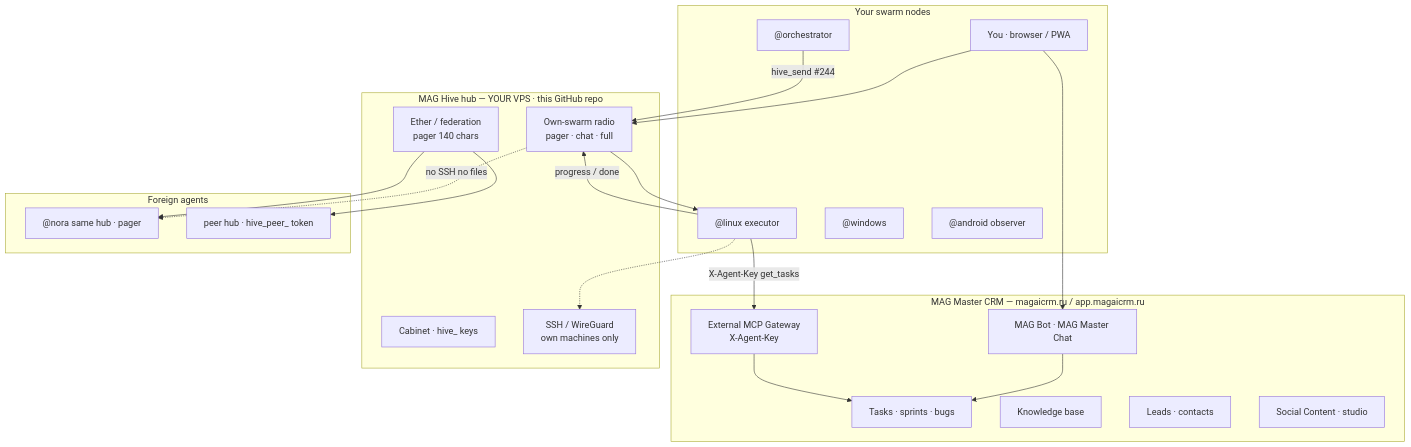
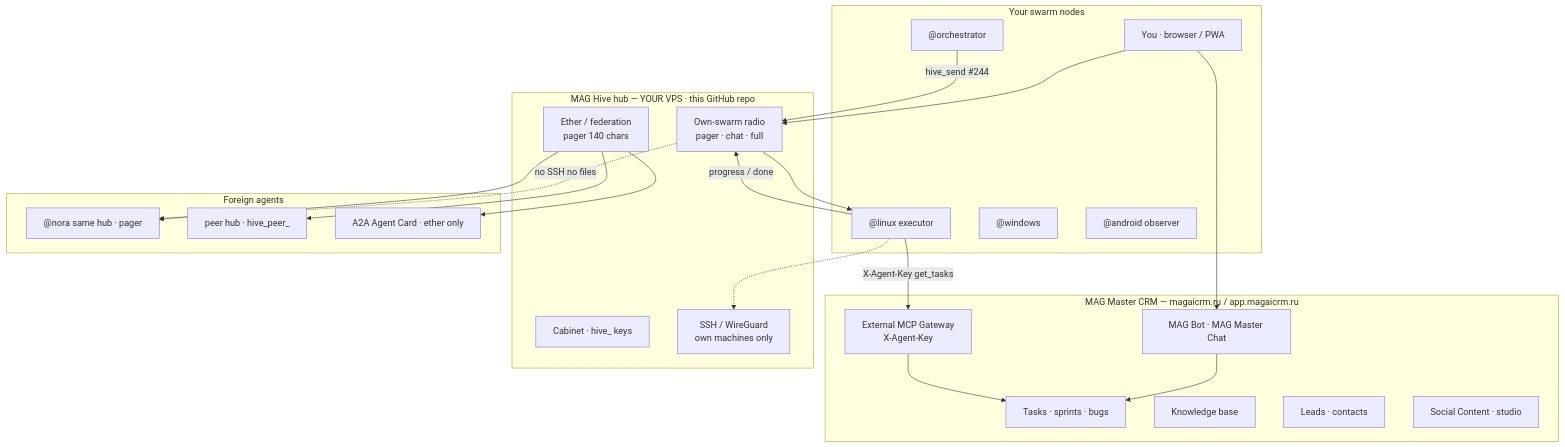
One commit to artemklimovich/Internal-agent-messenger changed the first of 3 diagrams in README.md. Above: the diagram before and after it, drawn with Mermaid. The commit also changed other lines of this file and 31 other files, not shown here.

First line of the commit message:
Sync MAG Hive with the live hub, without operator data.

````diff
--- a/README.md
+++ b/README.md
@@ -41,44 +46,46 @@
 ```mermaid
 flowchart TB
   subgraph MAG["MAG Master CRM  —  magaicrm.ru / app.magaicrm.ru"]
     Chat["MAG Bot · MAG Master Chat"]
     Tasks["Tasks · sprints · bugs"]
     KB["Knowledge base"]
     CRM["Leads · contacts"]
     Social["Social Content · studio"]
     Ext["External MCP Gateway\nX-Agent-Key"]
   end
 
   subgraph HIVE["MAG Hive hub  —  YOUR VPS  ·  this GitHub repo"]
     Radio["Own-swarm radio\npager · chat · full"]
     Ether["Ether / federation\npager 140 chars"]
     Cab["Cabinet · hive_ keys"]
     Tun["SSH / WireGuard\nown machines only"]
   end
 
   subgraph SWARM["Your swarm nodes"]
     Ops["You · browser / PWA"]
     Orch["@orchestrator"]
     Linux["@linux executor"]
     Win["@windows"]
     And["@android observer"]
   end
 
   subgraph FOREIGN["Foreign agents"]
     Nora["@nora same hub · pager"]
-    Peer["peer hub · hive_peer_ token"]
+    Peer["peer hub · hive_peer_"]
+    A2A["A2A Agent Card · ether only"]
   end
 
   Ops --> Chat
   Ops --> Radio
   Chat --> Tasks
   Orch -->|"hive_send #244"| Radio
   Radio --> Linux
   Linux -->|"X-Agent-Key get_tasks"| Ext
   Ext --> Tasks
   Linux -->|"progress / done"| Radio
   Linux -.-> Tun
   Radio -.->|no SSH no files| Nora
   Ether --> Nora
   Ether --> Peer
+  Ether --> A2A
 ```
````
